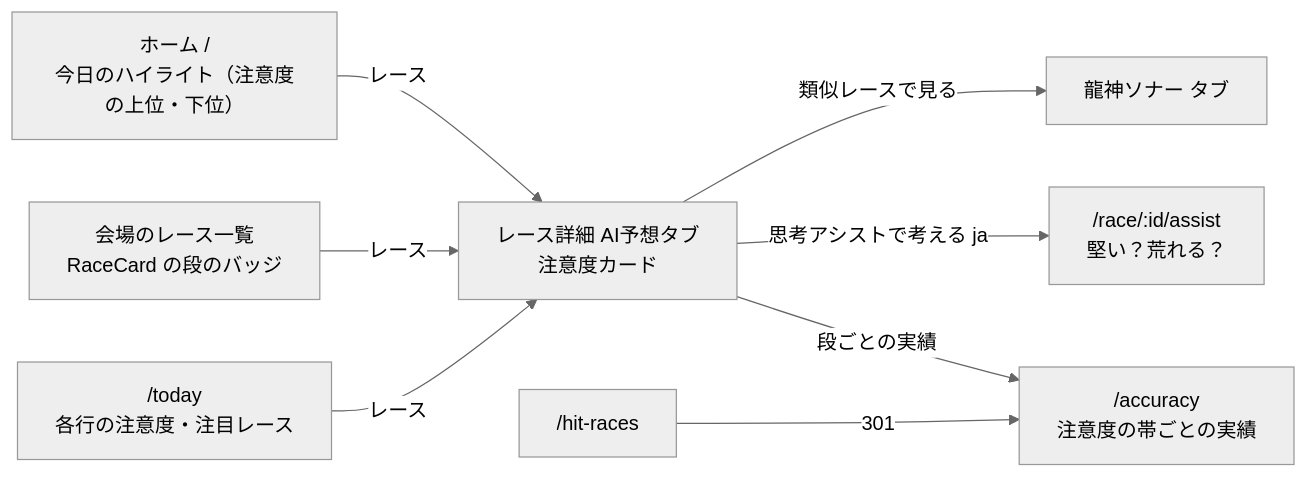
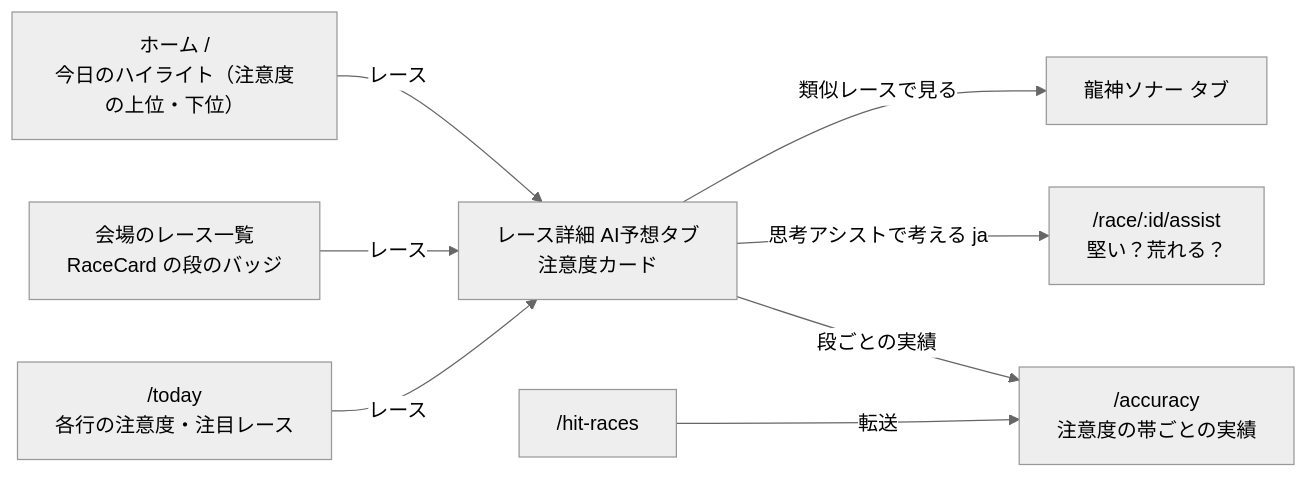
Before and after one commit to rhapsody0919/boatrace-ai-predictor: the diagram in docs/design/in-collapse-caution/screens.md, drawn with Mermaid (neutral theme). The commit also changed other lines of this file and 2 other files, not shown here.

Commit message:
docs: BOA-822 受け入れ E2E を screens.md の更新に合わせて書き直し（41件）、/hit-races は307から

````diff
--- a/docs/design/in-collapse-caution/screens.md
+++ b/docs/design/in-collapse-caution/screens.md
@@ -7,10 +7,10 @@
 ```mermaid
 flowchart LR
   H["ホーム /<br/>今日のハイライト（注意度の上位・下位）"] -->|レース| R
   L["会場のレース一覧<br/>RaceCard の段のバッジ"] -->|レース| R
   T["/today<br/>各行の注意度・注目レース"] -->|レース| R
   R["レース詳細 AI予想タブ<br/>注意度カード"] -->|類似レースで見る| S["龍神ソナー タブ"]
   R -->|思考アシストで考える ja| AS["/race/:id/assist<br/>堅い？荒れる？"]
   R -->|段ごとの実績| AC["/accuracy<br/>注意度の帯ごとの実績"]
-  HR["/hit-races"] -->|301| AC
+  HR["/hit-races"] -->|転送| AC
 ```
````
